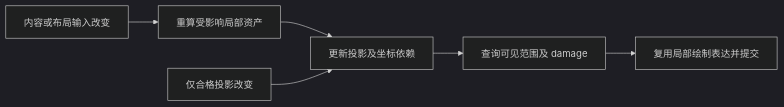
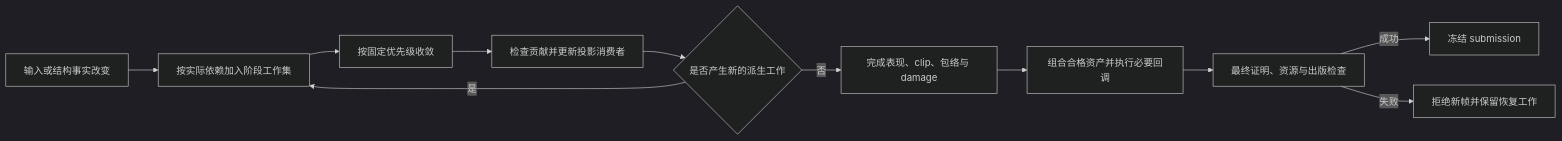
Before and after one commit to yezhang/novadraw: the diagram in engine/novadraw/doc/design/architecture/figure-tree-projection-separation.md, drawn with Mermaid (dark theme). The commit also changed other lines of this file and 79 other files, not shown here.

````diff
--- a/engine/novadraw/doc/design/architecture/figure-tree-projection-separation.md
+++ b/engine/novadraw/doc/design/architecture/figure-tree-projection-separation.md
@@ -80,8 +161,13 @@
 ```mermaid
 flowchart LR
-    C["内容或布局输入改变"] --> L["重算受影响局部资产"]
-    L --> P["更新投影及坐标依赖"]
-    M["仅合格投影改变"] --> P
-    P --> V["查询可见范围及 damage"]
-    V --> R["复用局部绘制表达并提交"]
+    C["输入或结构事实改变"] --> W["按实际依赖加入阶段工作集"]
+    W --> L["按固定优先级收敛"]
+    L --> P["检查贡献并更新投影消费者"]
+    P --> F{"是否产生新的派生工作"}
+    F -->|是| W
+    F -->|否| V["完成表现、clip、包络与 damage"]
+    V --> R["组合合格资产并执行必要回调"]
+    R --> Q["最终证明、资源与出版检查"]
+    Q -->|成功| S["冻结 submission"]
+    Q -->|失败| E["拒绝新帧并保留恢复工作"]
 ```
````
